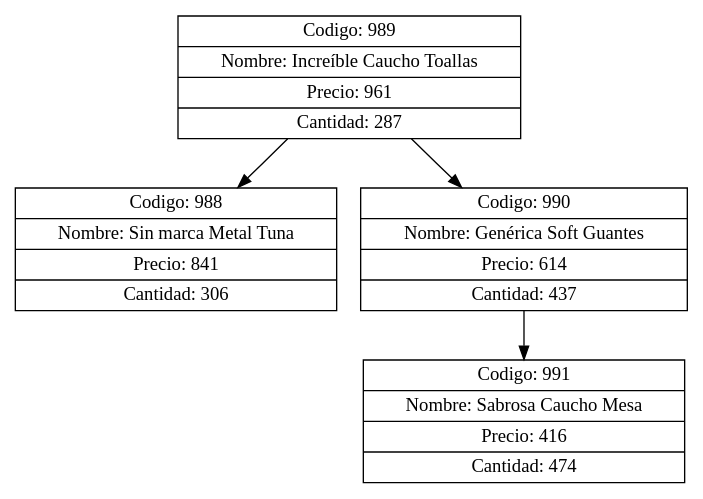
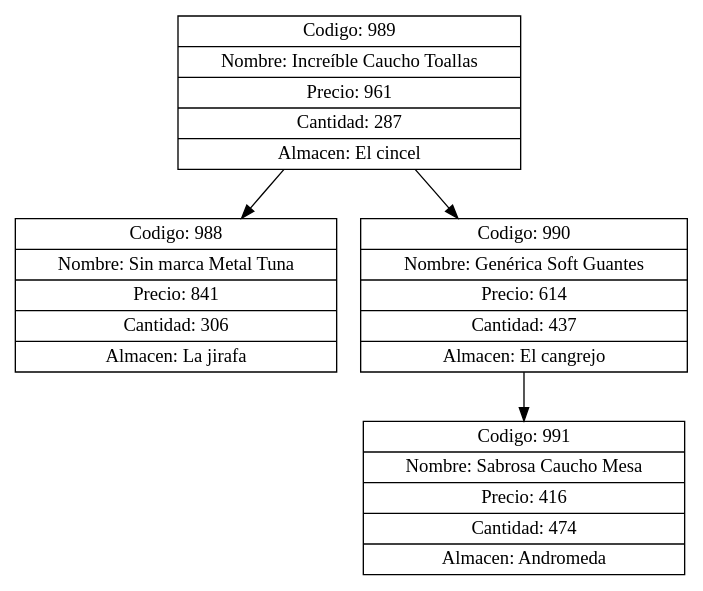
One commit to Pdante1897/EDD_VirtualMall_201700945 changed the diagram in src/Graphviz/files/ArbolBarrazaRoldáneHijos5.dot. Above: the diagram before and after it, drawn with Graphviz. The commit also changed 91 other files, not shown here.

```diff
--- a/src/Graphviz/files/ArbolBarrazaRoldáneHijos5.dot
+++ b/src/Graphviz/files/ArbolBarrazaRoldáneHijos5.dot
@@ -1,10 +1,10 @@
 digraph G{
 node[shape="box" shape="record"]
-nodo989[label="{ Codigo: 989 | Nombre: Increíble Caucho Toallas | Precio: 961 | Cantidad: 287}"];
-nodo988[label="{ Codigo: 988 | Nombre: Sin marca Metal Tuna | Precio: 841 | Cantidad: 306}"];
+nodo989[label="{ Codigo: 989 | Nombre: Increíble Caucho Toallas | Precio: 961 | Cantidad: 287 | Almacen: El cincel}"];
+nodo988[label="{ Codigo: 988 | Nombre: Sin marca Metal Tuna | Precio: 841 | Cantidad: 306 | Almacen: La jirafa}"];
 nodo989->nodo988;
-nodo990[label="{ Codigo: 990 | Nombre: Genérica Soft Guantes | Precio: 614 | Cantidad: 437}"];
-nodo991[label="{ Codigo: 991 | Nombre: Sabrosa Caucho Mesa | Precio: 416 | Cantidad: 474}"];
+nodo990[label="{ Codigo: 990 | Nombre: Genérica Soft Guantes | Precio: 614 | Cantidad: 437 | Almacen: El cangrejo}"];
+nodo991[label="{ Codigo: 991 | Nombre: Sabrosa Caucho Mesa | Precio: 416 | Cantidad: 474 | Almacen: Andromeda}"];
 nodo990->nodo991;
 nodo989->nodo990;
 }
```
